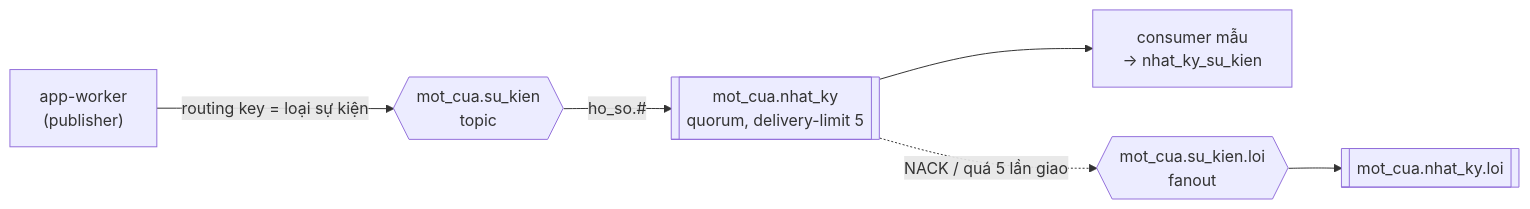
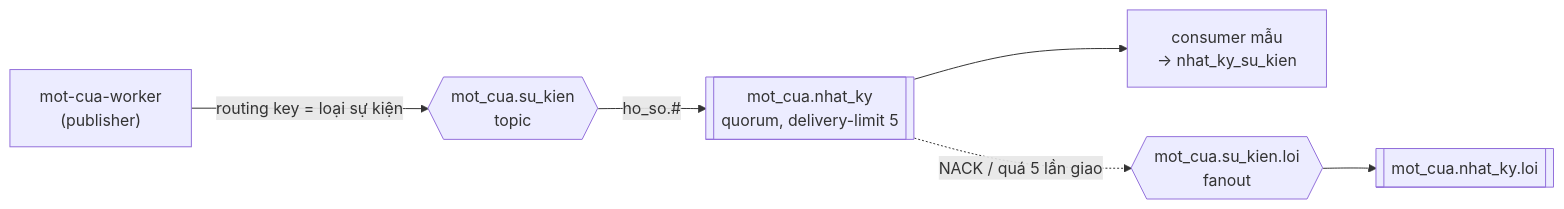
One commit to commune-dxos/commune-dxos changed the eighth of 8 diagrams in docs/architecture.md. Above: the diagram before and after it, drawn with Mermaid. The commit also changed other lines of this file and 141 other files, not shown here.

First line of the commit message:
refactor(thu-tuc): mô hình gói thủ tục nen-tang/ + mot-cua/ + thu-tuc/ (#30)

````diff
--- a/docs/architecture.md
+++ b/docs/architecture.md
@@ -576,8 +586,8 @@
 ```mermaid
 flowchart LR
-  P["app-worker<br/>(publisher)"] -->|"routing key = loại sự kiện"| EX{{"mot_cua.su_kien<br/>topic"}}
+  P["mot-cua-worker<br/>(publisher)"] -->|"routing key = loại sự kiện"| EX{{"mot_cua.su_kien<br/>topic"}}
   EX -->|"ho_so.#"| Q[["mot_cua.nhat_ky<br/>quorum, delivery-limit 5"]]
   Q --> C["consumer mẫu<br/>→ nhat_ky_su_kien"]
   Q -. "NACK / quá 5 lần giao" .-> DLX{{"mot_cua.su_kien.loi<br/>fanout"}}
   DLX --> QL[["mot_cua.nhat_ky.loi"]]
 ```
````
